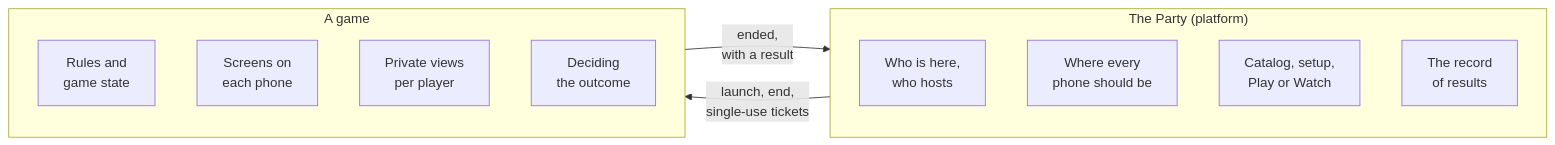
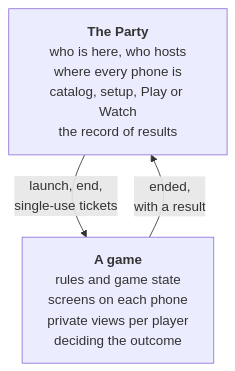
Before and after one commit to rcnechamkin/avrana-party-docs: the first of 2 diagrams in docs/games/index.md, drawn with Mermaid. The commit also changed 5 other files, not shown here.

First line of the commit message:
Align status page title, simplify the ownership diagram for phones

````diff
--- a/docs/games/index.md
+++ b/docs/games/index.md
@@ -32,19 +32,7 @@
 ```mermaid
-flowchart LR
-  subgraph PARTY["The Party (platform)"]
-    direction TB
-    P1["Who is here,<br/>who hosts"]
-    P2["Where every<br/>phone should be"]
-    P3["Catalog, setup,<br/>Play or Watch"]
-    P4["The record<br/>of results"]
-  end
-  subgraph GAME["A game"]
-    direction TB
-    G1["Rules and<br/>game state"]
-    G2["Screens on<br/>each phone"]
-    G3["Private views<br/>per player"]
-    G4["Deciding<br/>the outcome"]
-  end
-  PARTY -- "launch, end,<br/>single-use tickets" --> GAME
-  GAME -- "ended,<br/>with a result" --> PARTY
+flowchart TB
+  P["<b>The Party</b><br/>who is here, who hosts<br/>where every phone is<br/>catalog, setup, Play or Watch<br/>the record of results"]
+  G["<b>A game</b><br/>rules and game state<br/>screens on each phone<br/>private views per player<br/>deciding the outcome"]
+  P -- "launch, end,<br/>single-use tickets" --> G
+  G -- "ended,<br/>with a result" --> P
 ```
````
